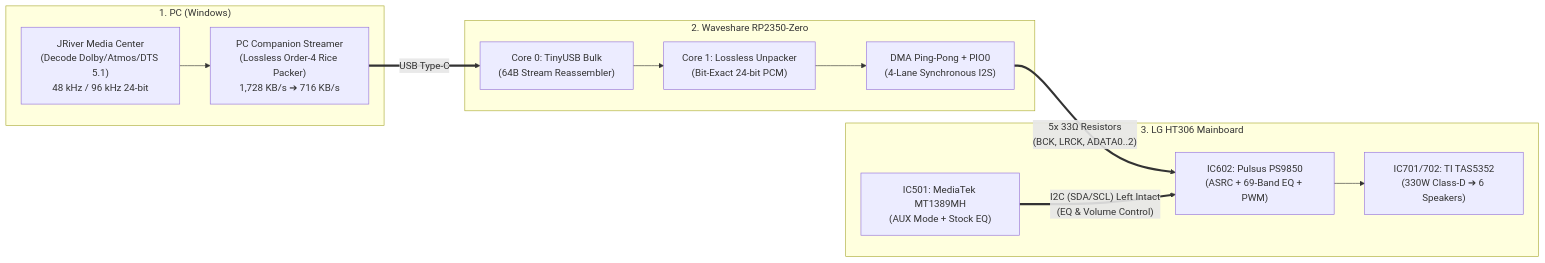
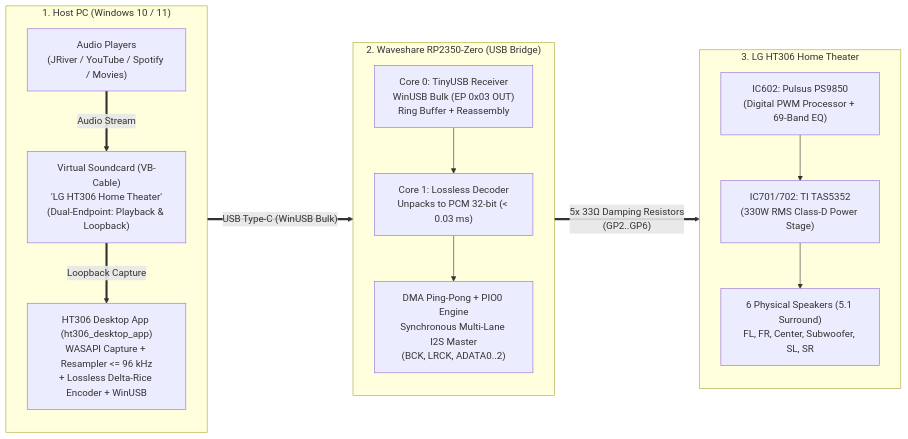
One commit to aan-andiyanaS/LG-HT306-Direct-I2S-5.1-7.1-Lossless-96kHz-USB-Bridge changed the diagram in README.md. Above: the diagram before and after it, drawn with Mermaid. The commit also changed other lines of this file and 17 other files, not shown here.

Commit message:
feat(docs): add JRiver topology (06), complete architecture (07), credits (08), and sync README bilingual

````diff
--- a/README.md
+++ b/README.md
@@ -28,26 +32,30 @@
 ```mermaid
 flowchart LR
-    subgraph PC["1. PC (Windows)"]
-        JR["JRiver Media Center\n(Decode Dolby/Atmos/DTS 5.1)\n48 kHz / 96 kHz 24-bit"]
-        STR["PC Companion Streamer\n(Lossless Order-4 Rice Packer)\n1,728 KB/s ➔ 716 KB/s"]
-        JR --> STR
+    subgraph PC["1. Host PC (Windows 10 / 11)"]
+        direction TB
+        APP["Audio Players\n(JRiver / YouTube / Spotify / Movies)"]
+        VBC["Virtual Soundcard (VB-Cable)\n'LG HT306 Home Theater'\n(Dual-Endpoint: Playback & Loopback)"]
+        HOST["HT306 Desktop App (ht306_desktop_app)\nWASAPI Capture + Resampler <= 96 kHz\n+ Lossless Delta-Rice Encoder + WinUSB"]
+        APP ==>|"Audio Stream"| VBC
+        VBC ==>|"Loopback Capture"| HOST
     end
 
-    subgraph MCU["2. Waveshare RP2350-Zero"]
-        C0["Core 0: TinyUSB Bulk\n(64B Stream Reassembler)"]
-        C1["Core 1: Lossless Unpacker\n(Bit-Exact 24-bit PCM)"]
-        PIO["DMA Ping-Pong + PIO0\n(4-Lane Synchronous I2S)"]
+    subgraph MCU["2. Waveshare RP2350-Zero (USB Bridge)"]
+        direction TB
+        C0["Core 0: TinyUSB Receiver\nWinUSB Bulk (EP 0x03 OUT)\nRing Buffer + Reassembly"]
+        C1["Core 1: Lossless Decoder\nUnpacks to PCM 32-bit (< 0.03 ms)"]
+        PIO["DMA Ping-Pong + PIO0 Engine\nSynchronous Multi-Lane I2S Master\n(BCK, LRCK, ADATA0..2)"]
         C0 --> C1 --> PIO
     end
 
-    subgraph HT306["3. LG HT306 Mainboard"]
-        MT["IC501: MediaTek MT1389MH\n(AUX Mode + Stock EQ)"]
-        PS["IC602: Pulsus PS9850\n(ASRC + 69-Band EQ + PWM)"]
-        TAS["IC701/702: TI TAS5352\n(330W Class-D ➔ 6 Speakers)"]
-        PS --> TAS
+    subgraph HT306["3. LG HT306 Home Theater"]
+        direction TB
+        PS["IC602: Pulsus PS9850\n(Digital PWM Processor + 69-Band EQ)"]
+        TAS["IC701/702: TI TAS5352\n(330W RMS Class-D Power Stage)"]
+        SPK["6 Physical Speakers (5.1 Surround)\nFL, FR, Center, Subwoofer, SL, SR"]
+        PS --> TAS --> SPK
     end
 
-    STR ==>|"USB Type-C"| C0
-    PIO ==>|"5x 33Ω Resistors\n(BCK, LRCK, ADATA0..2)"| PS
-    MT ==>|"I2C (SDA/SCL) Left Intact\n(EQ & Volume Control)"| PS
+    HOST ==>|"USB Type-C (WinUSB Bulk)"| C0
+    PIO ==>|"5x 33Ω Damping Resistors\n(GP2..GP6)"| PS
 ```
````
